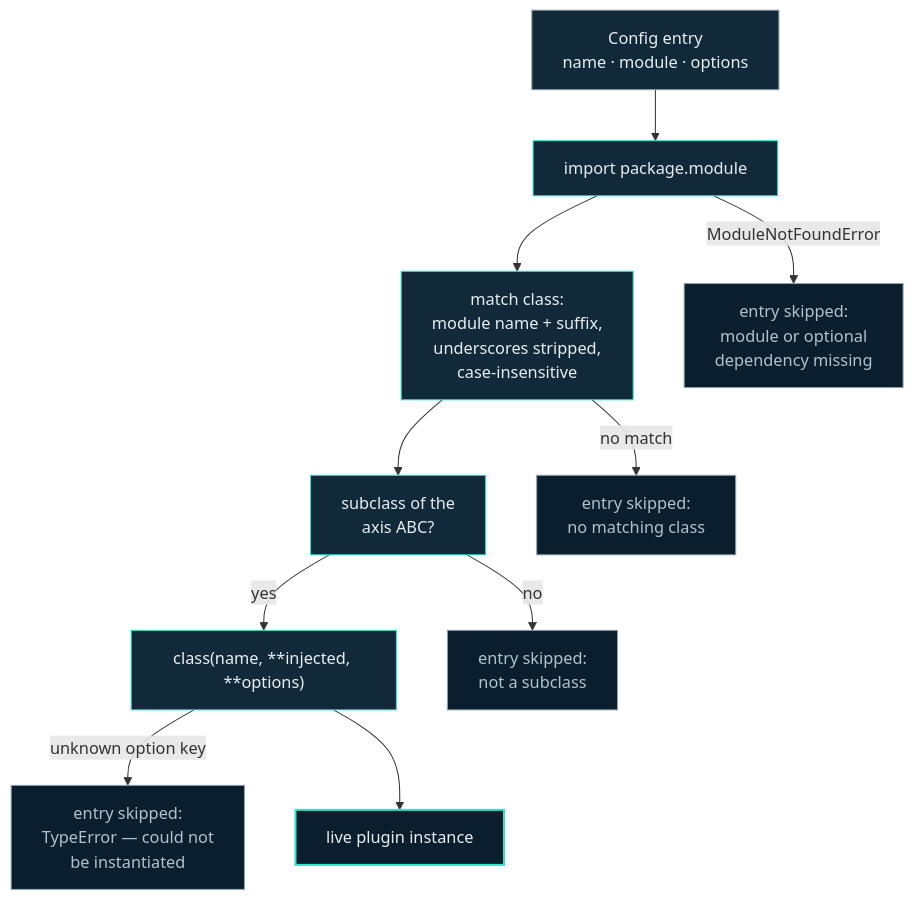
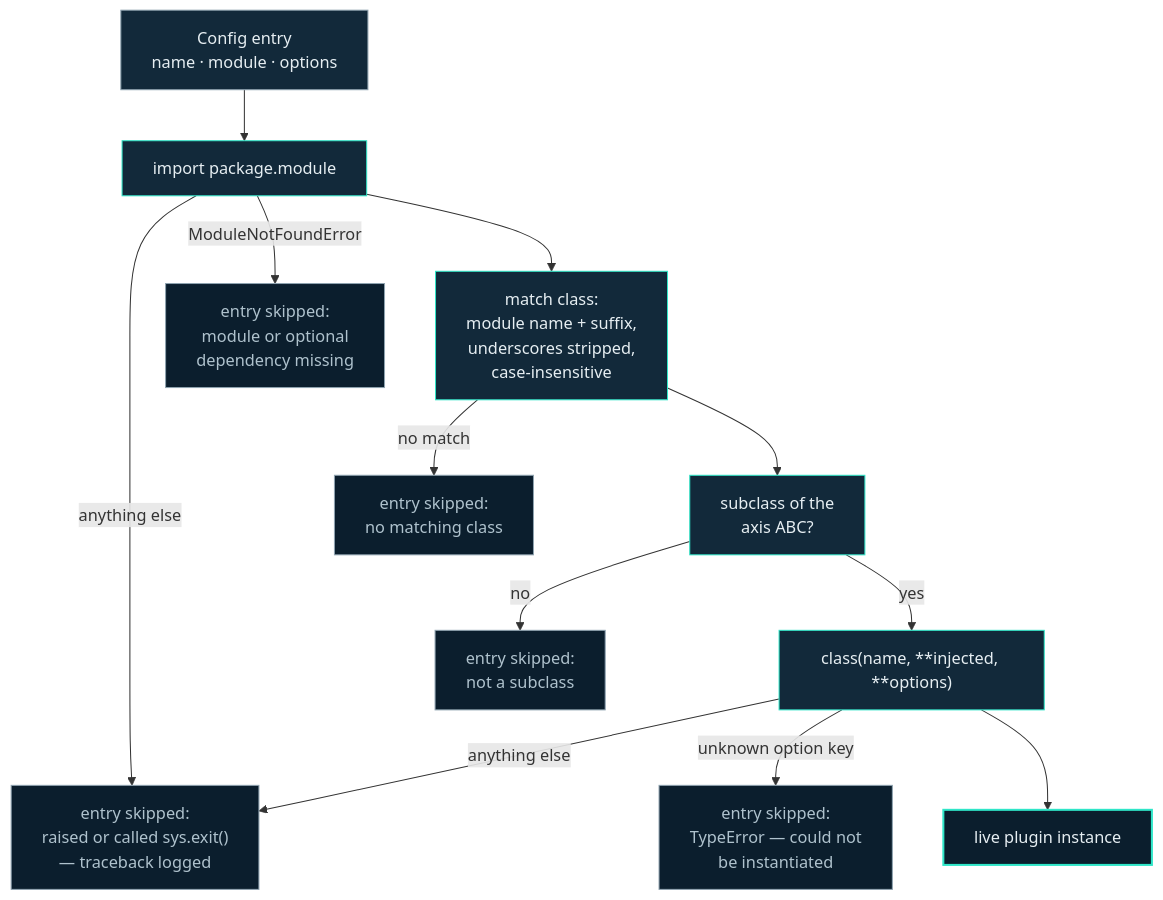
Before and after one commit to Motrix-Energy/Motrix-Energy.github.io: the diagram in src/content/docs/architecture/plugins.md, drawn with Mermaid. The commit also changed other lines of this file and 13 other files, not shown here.

````diff
--- a/src/content/docs/architecture/plugins.md
+++ b/src/content/docs/architecture/plugins.md
@@ -55,32 +55,36 @@
 ```mermaid
 flowchart TD
 	ENTRY["Config entry<br/>name · module · options"]
 	IMPORT["import package.module"]
 	MATCH["match class:<br/>module name + suffix,<br/>underscores stripped,<br/>case-insensitive"]
 	ABC["subclass of the<br/>axis ABC?"]
 	CONSTRUCT["class(name, **injected, **options)"]
 	INSTANCE["live plugin instance"]
 	SKIP_DEP["entry skipped:<br/>module or optional<br/>dependency missing"]
 	SKIP_NAME["entry skipped:<br/>no matching class"]
 	SKIP_ABC["entry skipped:<br/>not a subclass"]
 	SKIP_KW["entry skipped:<br/>TypeError — could not<br/>be instantiated"]
+	SKIP_RAISE["entry skipped:<br/>raised or called sys.exit()<br/>— traceback logged"]
 	ENTRY --> IMPORT
 	IMPORT -->|"ModuleNotFoundError"| SKIP_DEP
+	IMPORT -->|"anything else"| SKIP_RAISE
 	IMPORT --> MATCH
 	MATCH -->|"no match"| SKIP_NAME
 	MATCH --> ABC
 	ABC -->|"no"| SKIP_ABC
 	ABC -->|"yes"| CONSTRUCT
 	CONSTRUCT -->|"unknown option key"| SKIP_KW
+	CONSTRUCT -->|"anything else"| SKIP_RAISE
 	CONSTRUCT --> INSTANCE
 	style ENTRY fill:#12293A,stroke:#8FA3B0,stroke-width:1px,color:#E6EEF2
 	style IMPORT fill:#12293A,stroke:#2FE6C8,stroke-width:1px,color:#E6EEF2
 	style MATCH fill:#12293A,stroke:#2FE6C8,stroke-width:1px,color:#E6EEF2
 	style ABC fill:#12293A,stroke:#2FE6C8,stroke-width:1px,color:#E6EEF2
 	style CONSTRUCT fill:#12293A,stroke:#2FE6C8,stroke-width:1px,color:#E6EEF2
 	style INSTANCE fill:#0B1E2D,stroke:#2FE6C8,stroke-width:2px,color:#E6EEF2
 	style SKIP_DEP fill:#0B1E2D,stroke:#8FA3B0,stroke-width:1px,color:#AFC2CD
 	style SKIP_NAME fill:#0B1E2D,stroke:#8FA3B0,stroke-width:1px,color:#AFC2CD
 	style SKIP_ABC fill:#0B1E2D,stroke:#8FA3B0,stroke-width:1px,color:#AFC2CD
 	style SKIP_KW fill:#0B1E2D,stroke:#8FA3B0,stroke-width:1px,color:#AFC2CD
+	style SKIP_RAISE fill:#0B1E2D,stroke:#8FA3B0,stroke-width:1px,color:#AFC2CD
 ```
````
